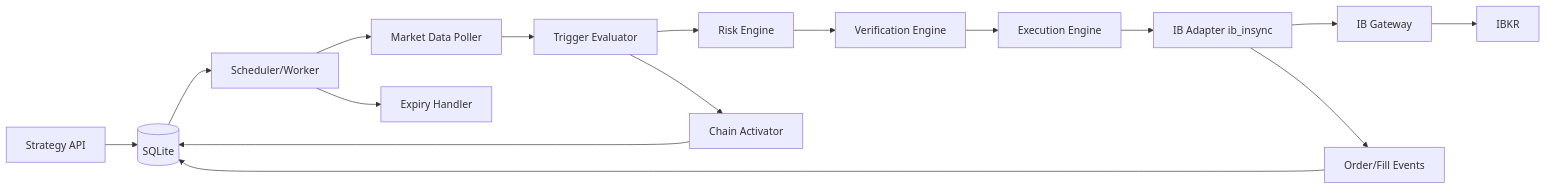
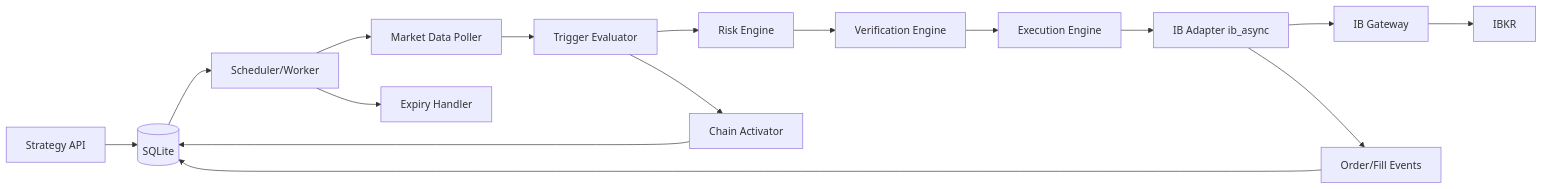
The diagram in app-design.md (luoning9/ibx), drawn with Mermaid before and after one commit. The commit also changed other lines of this file and 14 other files, not shown here.

````diff
--- a/app-design.md
+++ b/app-design.md
@@ -40,18 +40,18 @@
 ```mermaid
 flowchart LR
     A[Strategy API] --> B[(SQLite)]
     B --> C[Scheduler/Worker]
     C --> D[Market Data Poller]
     D --> E[Trigger Evaluator]
     E --> F[Risk Engine]
     F --> G[Verification Engine]
     G --> H[Execution Engine]
-    H --> I[IB Adapter ib_insync]
+    H --> I[IB Adapter ib_async]
     I --> J[IB Gateway]
     J --> K[IBKR]
     I --> L[Order/Fill Events]
     L --> B
     C --> M[Expiry Handler]
     E --> O[Chain Activator]
     O --> B
 ```
````
